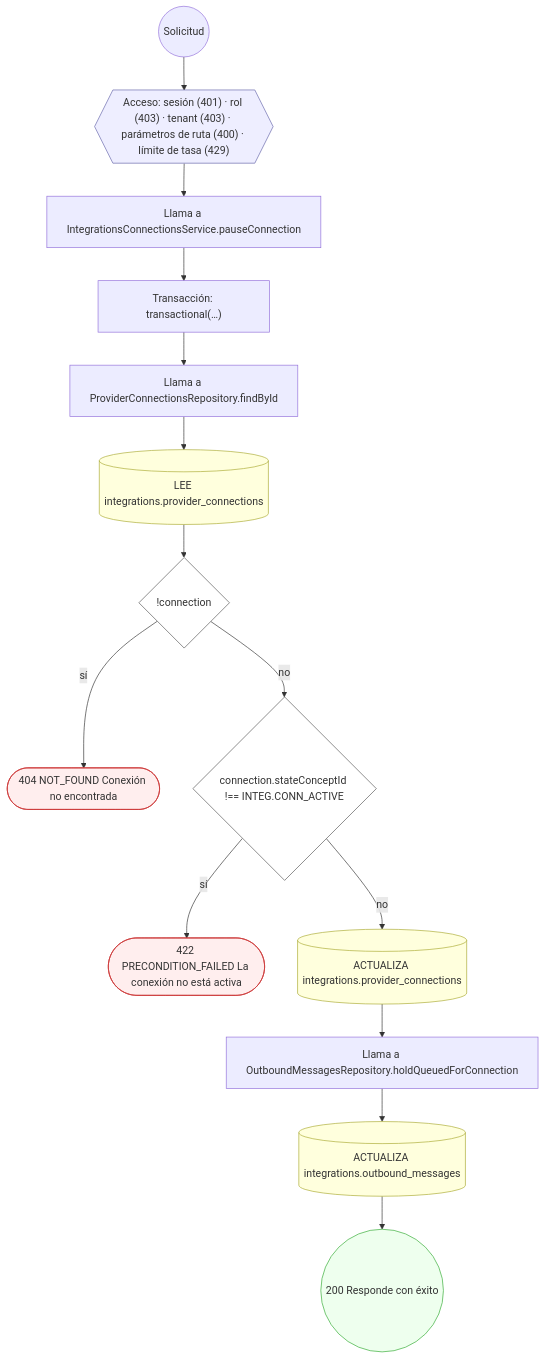
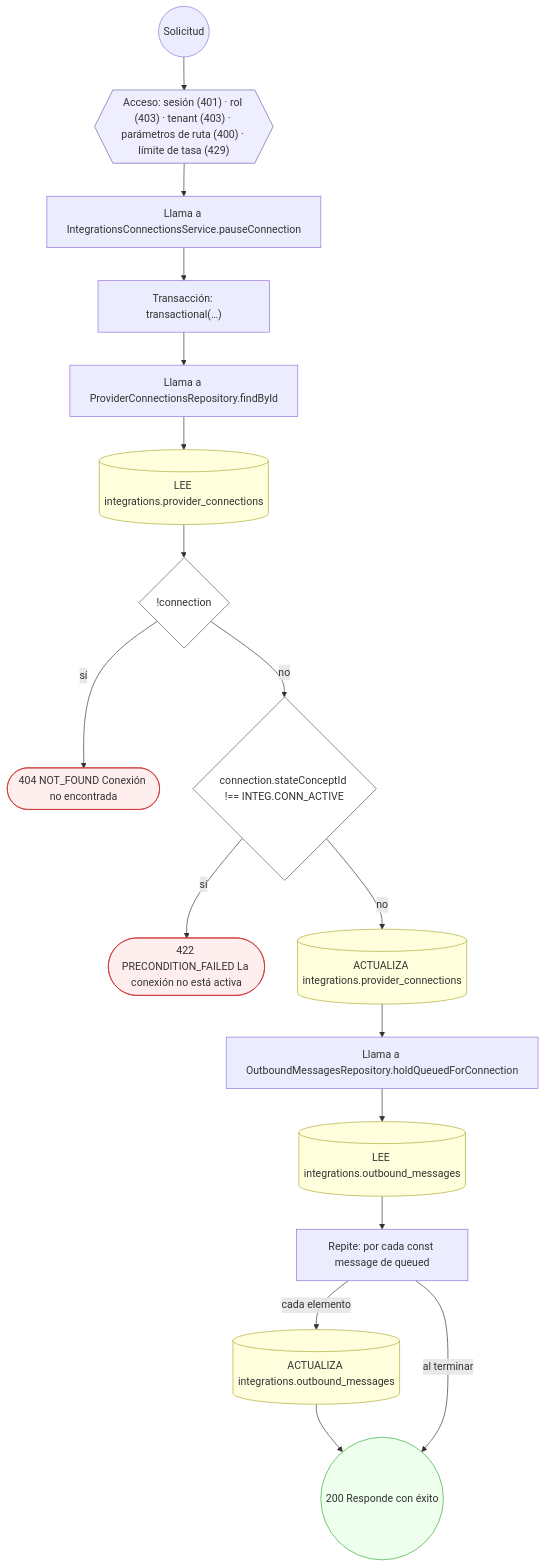
The second of 14 diagrams in docs/inventario/flujos/integrations.md (mdavila-2001/mantra-core-health-api), drawn with Mermaid before and after one commit. The commit also changed other lines of this file and 451 other files, not shown here.

````diff
--- a/docs/inventario/flujos/integrations.md
+++ b/docs/inventario/flujos/integrations.md
@@ -174,36 +175,41 @@
 ```mermaid
 flowchart TD
   n1(("Solicitud")):::inicio
   n2{{"Acceso: sesión (401) · rol (403) · tenant (403) · parámetros de ruta (400) · límite de tasa (429)"}}:::acceso
   n1 --> n2
   n3["Llama a IntegrationsConnectionsService.pauseConnection"]:::llamada
   n2 --> n3
   n4["Transacción: transactional(…)"]:::transaccion
   n3 --> n4
   n5["Llama a ProviderConnectionsRepository.findById"]:::llamada
   n4 --> n5
   n6[("LEE integrations.provider_connections")]:::efecto
   n5 --> n6
   n7{"!connection"}:::decision
   n6 --> n7
   n8(["404 NOT_FOUND Conexión no encontrada"]):::error
   n7 -->|"sí"| n8
   n9{"connection.stateConceptId !== INTEG.CONN_ACTIVE"}:::decision
   n7 -->|"no"| n9
   n10(["422 PRECONDITION_FAILED La conexión no está activa"]):::error
   n9 -->|"sí"| n10
   n11[("ACTUALIZA integrations.provider_connections")]:::efecto
   n9 -->|"no"| n11
   n12["Llama a OutboundMessagesRepository.holdQueuedForConnection"]:::llamada
   n11 --> n12
-  n13[("ACTUALIZA integrations.outbound_messages")]:::efecto
+  n13[("LEE integrations.outbound_messages")]:::efecto
   n12 --> n13
-  n14(("200 Responde con éxito")):::ok
+  n14["Repite: por cada const message de queued"]:::bucle
   n13 --> n14
+  n15[("ACTUALIZA integrations.outbound_messages")]:::efecto
+  n14 -->|"cada elemento"| n15
+  n16(("200 Responde con éxito")):::ok
+  n15 --> n16
+  n14 -->|"al terminar"| n16
   classDef acceso fill:#eef,stroke:#66a
   classDef error fill:#fee,stroke:#c33
   classDef ok fill:#efe,stroke:#3a3
   classDef efecto fill:#ffd,stroke:#aa3
   classDef decision fill:#fff,stroke:#555
   classDef corte fill:#eee,stroke:#999,stroke-dasharray: 4
 ```
````
